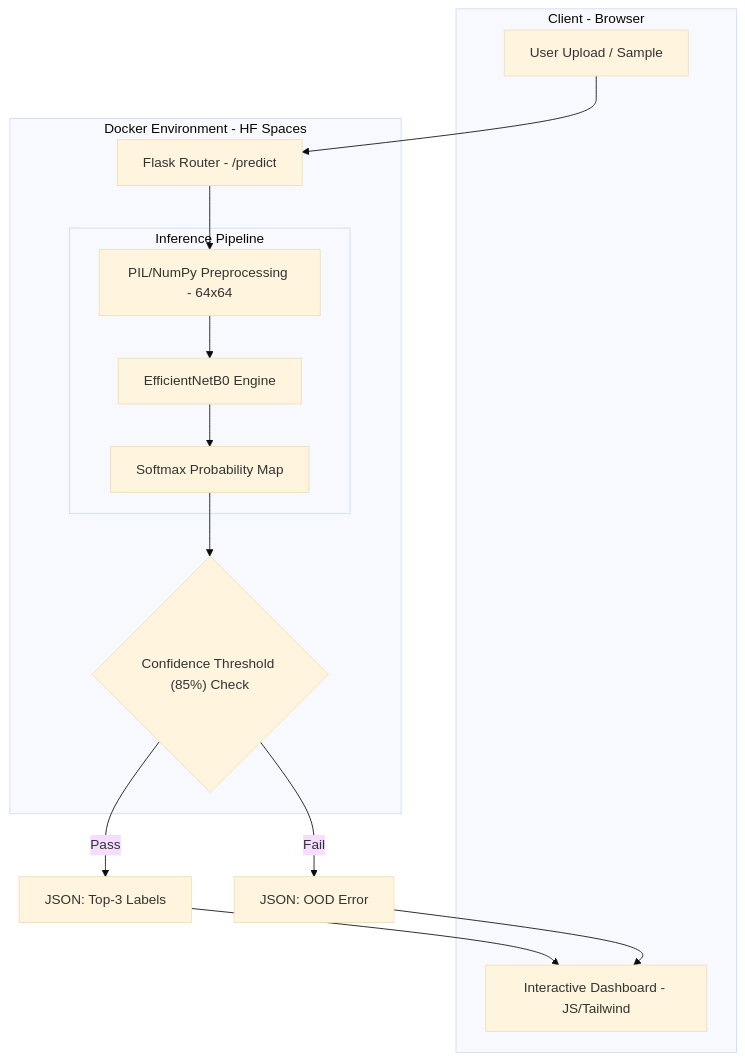
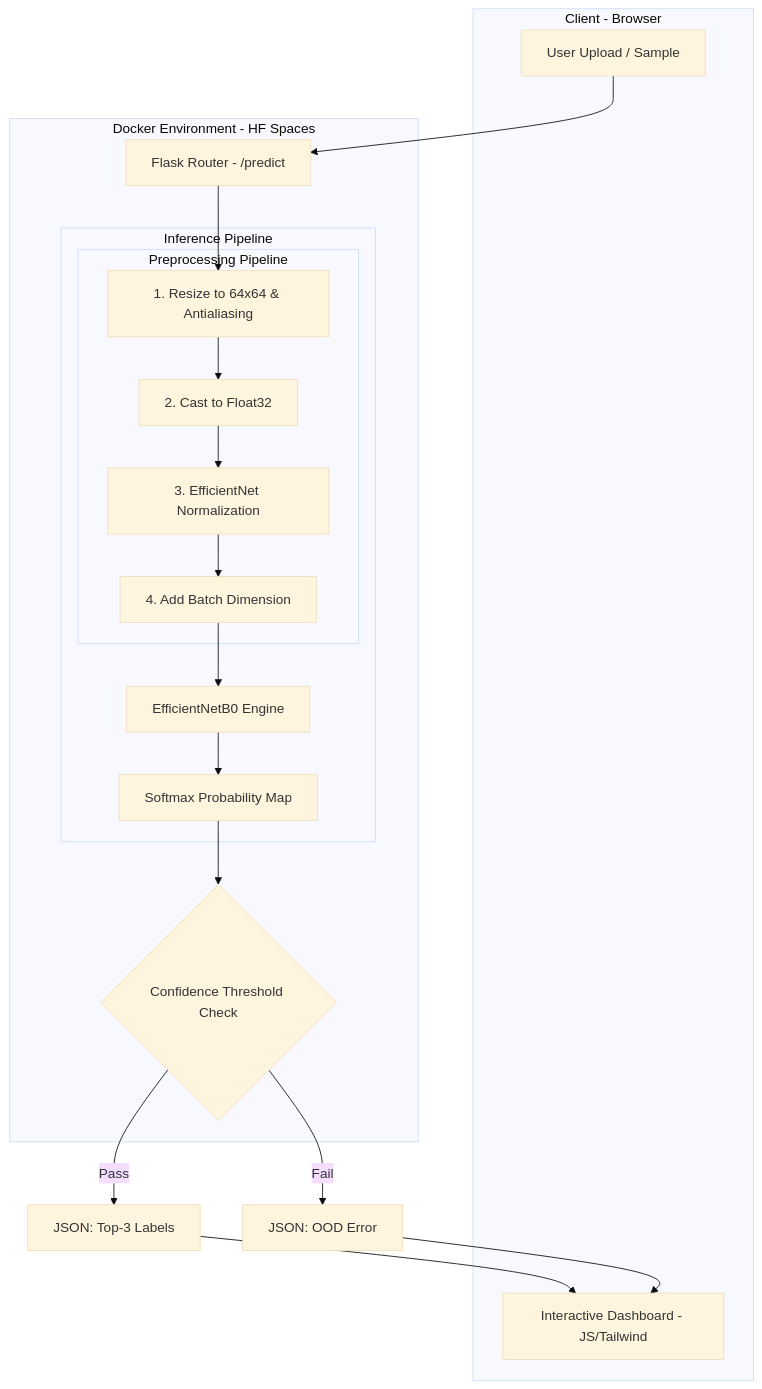
The diagram in README.md (AaryanGotad/S.I.L.C.), drawn with Mermaid (base theme) before and after one commit.

Commit message:
Enhance preprocessing section in README diagram
Refactor preprocessing steps in the inference pipeline diagram for clarity.

````diff
--- a/README.md
+++ b/README.md
@@ -242,29 +242,38 @@
 ```mermaid
 graph TD
     subgraph Client_Side [Client - Browser]
         A[User Upload / Sample]
         I[Interactive Dashboard - JS/Tailwind]
     end
 
     subgraph Docker_Runtime [Docker Environment - HF Spaces]
         B[Flask Router - /predict]
         
         subgraph AI_Pipeline [Inference Pipeline]
-            C[PIL/NumPy Preprocessing - 64x64]
+            subgraph Preprocessing [Preprocessing Pipeline]
+                C1[1. Resize to 64x64 & Antialiasing]
+                C2[2. Cast to Float32]
+                C3[3. EfficientNet Normalization]
+                C4[4. Add Batch Dimension]
+            end
+            
             D[EfficientNetB0 Engine]
             E[Softmax Probability Map]
         end
         
-        F{"Confidence Threshold (85%) Check"}
+        F{Confidence Threshold Check}
     end
 
     A --> B
-    B --> C
-    C --> D
+    B --> C1
+    C1 --> C2
+    C2 --> C3
+    C3 --> C4
+    C4 --> D
     D --> E
     E --> F
     F -->|Pass| G[JSON: Top-3 Labels]
     F -->|Fail| H[JSON: OOD Error]
     G --> I
     H --> I
 ```
````
